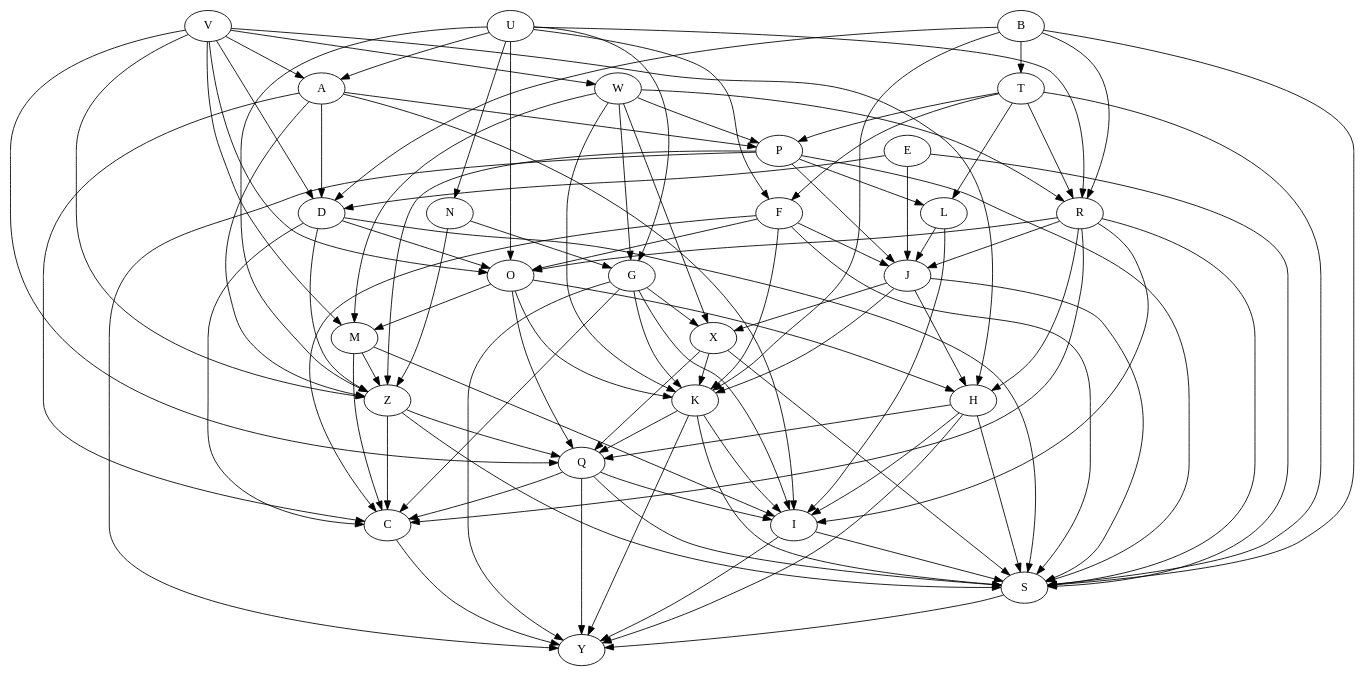
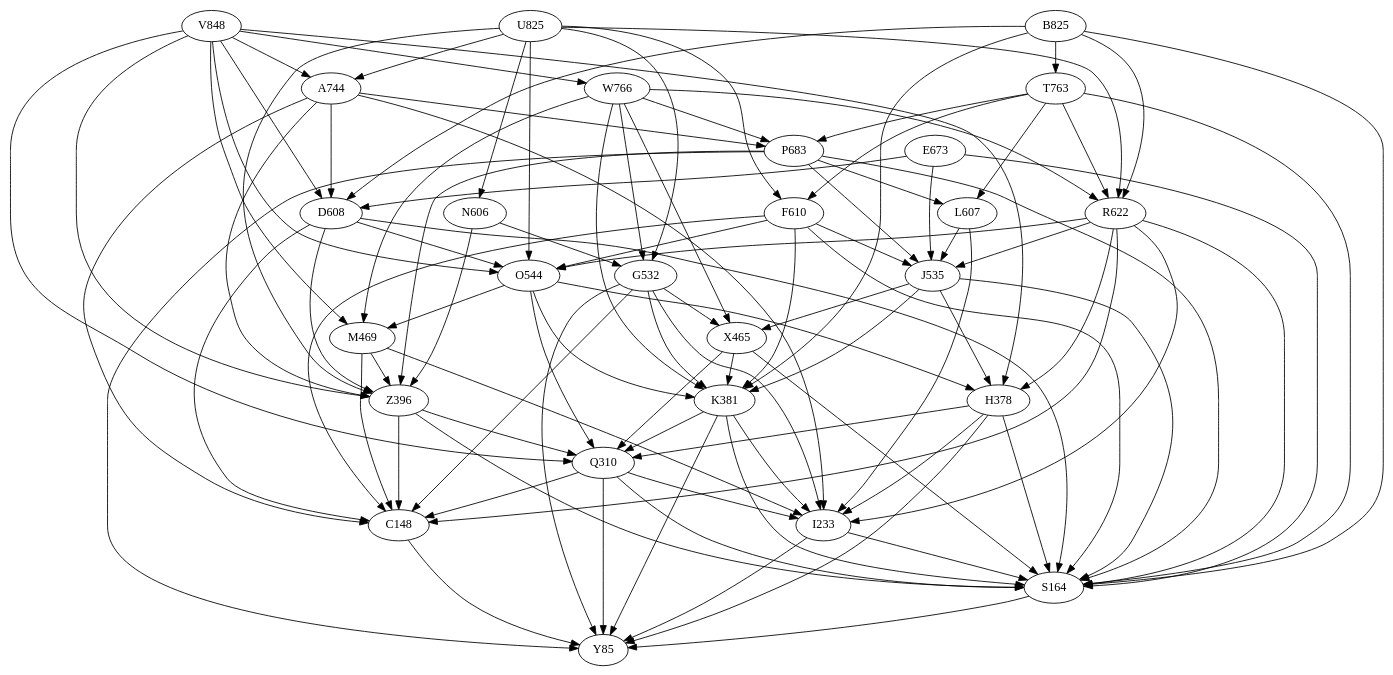
One commit to ToF-/AoCHaskell changed the diagram in Day7/large.dot. Above: the diagram before and after it, drawn with Graphviz. The commit also changed 3 other files, not shown here.

Commit message:
produced a graph with critical path times

```diff
--- a/Day7/large.dot
+++ b/Day7/large.dot
@@ -1,103 +1,103 @@
 digraph {
-    V->H;
-    U->R;
-    E->D;
-    B->R;
-    W->X;
-    A->P;
-    T->L;
-    F->C;
-    P->Y;
-    N->G;
-    R->S;
-    D->C;
-    O->K;
-    L->J;
-    J->H;
-    M->I;
-    G->K;
-    Z->Q;
-    X->Q;
-    H->I;
-    K->Y;
-    Q->S;
-    I->Y;
-    S->Y;
-    C->Y;
-    T->S;
-    P->S;
-    I->S;
-    V->O;
-    O->Q;
-    T->R;
-    E->J;
-    F->S;
-    O->H;
-    Z->S;
-    D->Z;
-    F->K;
-    W->P;
-    G->I;
-    B->T;
-    G->Y;
-    X->S;
-    B->K;
-    V->A;
-    U->N;
-    T->P;
-    V->D;
-    G->X;
-    B->D;
-    R->J;
-    M->Z;
-    U->Z;
-    U->G;
-    A->C;
-    H->Q;
-    X->K;
-    B->S;
-    Q->C;
-    Q->Y;
-    R->I;
-    V->Q;
-    A->D;
-    D->S;
-    K->S;
-    G->C;
-    D->O;
-    R->H;
-    K->Q;
-    W->R;
-    H->Y;
-    P->J;
-    N->Z;
-    J->K;
-    W->M;
-    A->Z;
-    V->W;
-    J->X;
-    U->F;
-    P->L;
-    W->G;
-    T->F;
-    R->C;
-    R->O;
-    Z->C;
-    E->S;
-    L->I;
-    U->O;
-    W->K;
-    K->I;
-    O->M;
-    V->M;
-    V->Z;
-    A->I;
-    F->J;
-    F->O;
-    M->C;
-    Q->I;
-    H->S;
-    U->A;
-    J->S;
-    P->Z;
+    V848->H378;
+    U825->R622;
+    E673->D608;
+    B825->R622;
+    W766->X465;
+    A744->P683;
+    T763->L607;
+    F610->C148;
+    P683->Y85;
+    N606->G532;
+    R622->S164;
+    D608->C148;
+    O544->K381;
+    L607->J535;
+    J535->H378;
+    M469->I233;
+    G532->K381;
+    Z396->Q310;
+    X465->Q310;
+    H378->I233;
+    K381->Y85;
+    Q310->S164;
+    I233->Y85;
+    S164->Y85;
+    C148->Y85;
+    T763->S164;
+    P683->S164;
+    I233->S164;
+    V848->O544;
+    O544->Q310;
+    T763->R622;
+    E673->J535;
+    F610->S164;
+    O544->H378;
+    Z396->S164;
+    D608->Z396;
+    F610->K381;
+    W766->P683;
+    G532->I233;
+    B825->T763;
+    G532->Y85;
+    X465->S164;
+    B825->K381;
+    V848->A744;
+    U825->N606;
+    T763->P683;
+    V848->D608;
+    G532->X465;
+    B825->D608;
+    R622->J535;
+    M469->Z396;
+    U825->Z396;
+    U825->G532;
+    A744->C148;
+    H378->Q310;
+    X465->K381;
+    B825->S164;
+    Q310->C148;
+    Q310->Y85;
+    R622->I233;
+    V848->Q310;
+    A744->D608;
+    D608->S164;
+    K381->S164;
+    G532->C148;
+    D608->O544;
+    R622->H378;
+    K381->Q310;
+    W766->R622;
+    H378->Y85;
+    P683->J535;
+    N606->Z396;
+    J535->K381;
+    W766->M469;
+    A744->Z396;
+    V848->W766;
+    J535->X465;
+    U825->F610;
+    P683->L607;
+    W766->G532;
+    T763->F610;
+    R622->C148;
+    R622->O544;
+    Z396->C148;
+    E673->S164;
+    L607->I233;
+    U825->O544;
+    W766->K381;
+    K381->I233;
+    O544->M469;
+    V848->M469;
+    V848->Z396;
+    A744->I233;
+    F610->J535;
+    F610->O544;
+    M469->C148;
+    Q310->I233;
+    H378->S164;
+    U825->A744;
+    J535->S164;
+    P683->Z396;
 }
```
